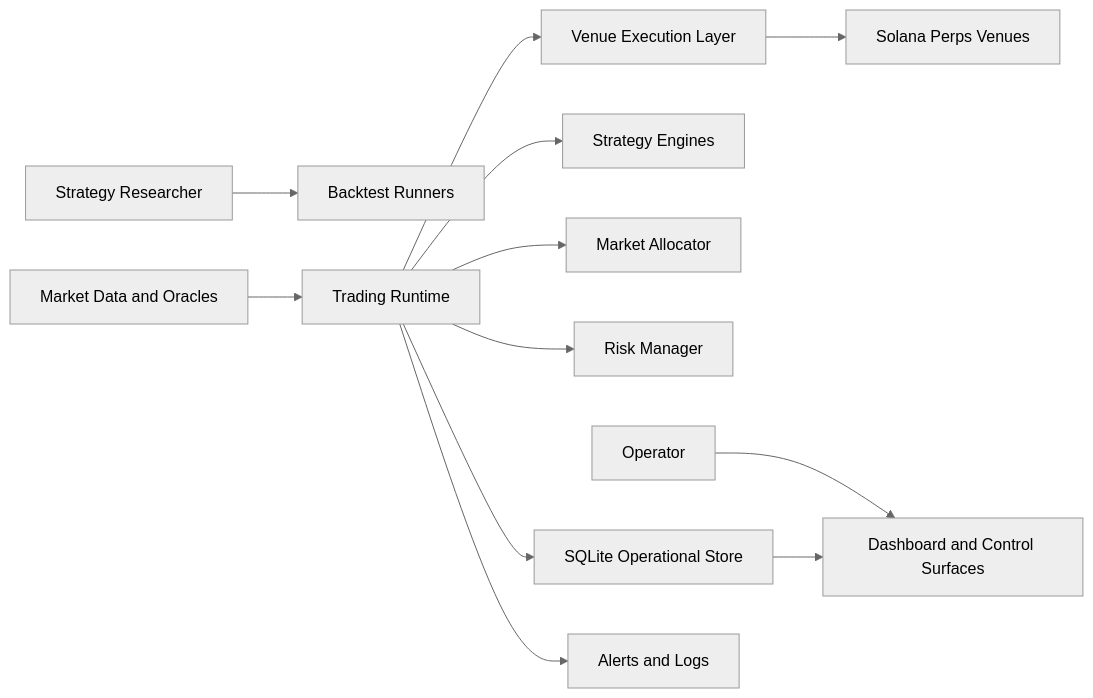
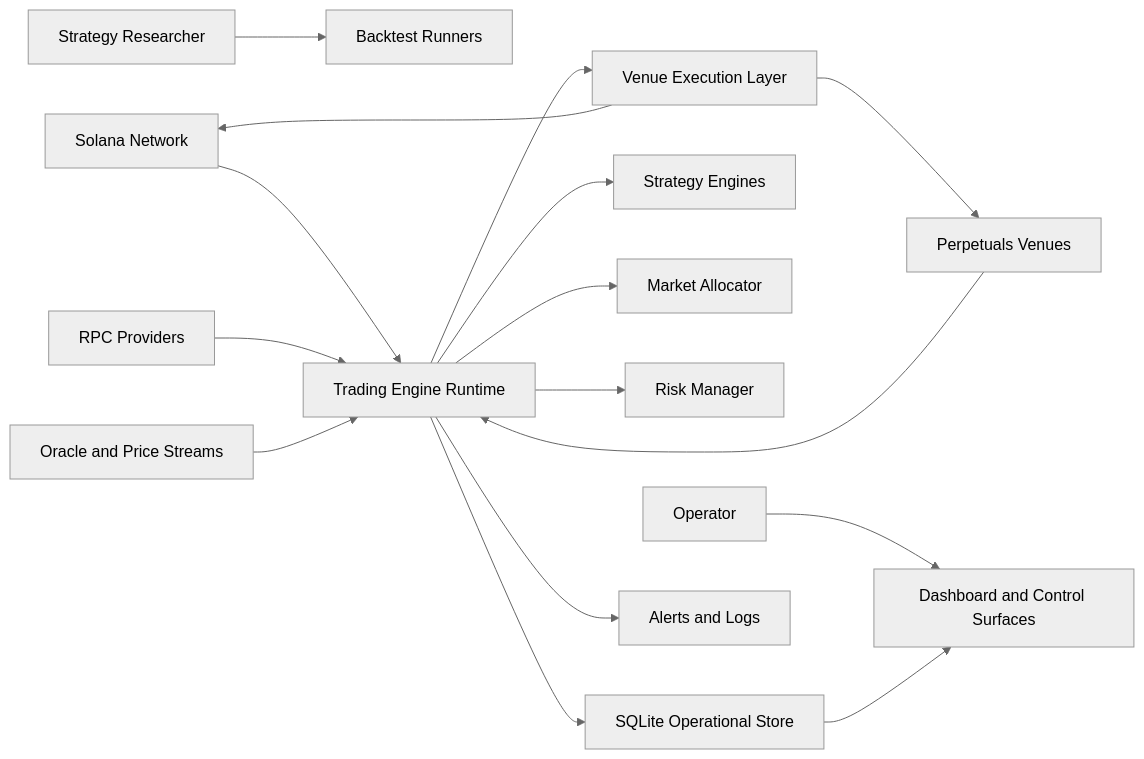
The first of 3 diagrams in docs/ERD.md (hashemselsherif/automated-trading-platform-showcase), drawn with Mermaid (neutral theme) before and after one commit. The commit also changed other lines of this file and 4 other files, not shown here.

Commit message:
docs: clarify network trading engine scope

````diff
--- a/docs/ERD.md
+++ b/docs/ERD.md
@@ -19,14 +23,18 @@
 ```mermaid
 flowchart LR
   Operator[Operator] --> Controls[Dashboard and Control Surfaces]
   Researcher[Strategy Researcher] --> Backtests[Backtest Runners]
-  MarketData[Market Data and Oracles] --> Runtime[Trading Runtime]
+  Solana[Solana Network] --> Runtime[Trading Engine Runtime]
+  RPC[RPC Providers] --> Runtime
+  Oracles[Oracle and Price Streams] --> Runtime
+  Venues[Perpetuals Venues] --> Runtime
   Runtime --> Strategies[Strategy Engines]
   Runtime --> Allocator[Market Allocator]
   Runtime --> Risk[Risk Manager]
   Runtime --> Execution[Venue Execution Layer]
-  Execution --> Solana[Solana Perps Venues]
+  Execution --> Solana
+  Execution --> Venues
   Runtime --> Store[SQLite Operational Store]
   Store --> Controls
   Runtime --> Alerts[Alerts and Logs]
 ```
````
